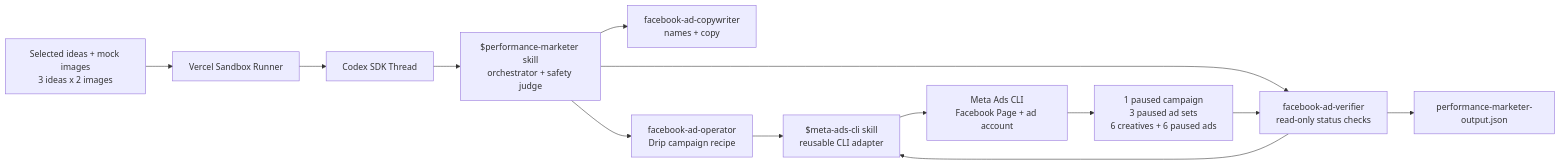
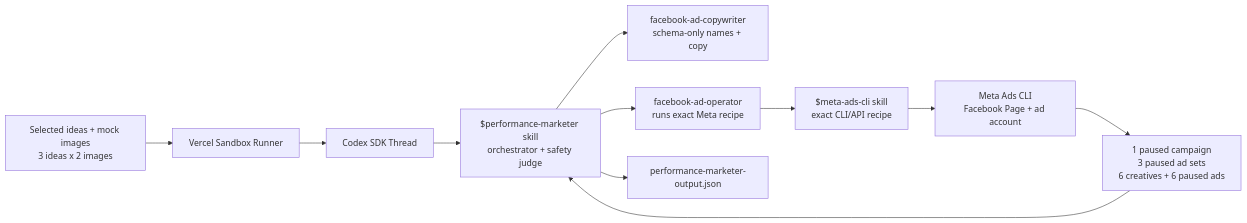
The diagram in docs/PERFORMANCE_MARKETER.md (neilsanghrajka/drip), drawn with Mermaid before and after one commit. The commit also changed other lines of this file and 1 other file, not shown here.

Commit message:
Document Performance Marketer e2e pass

````diff
--- a/docs/PERFORMANCE_MARKETER.md
+++ b/docs/PERFORMANCE_MARKETER.md
@@ -11,22 +11,19 @@
 ```mermaid
 flowchart LR
   Input["Selected ideas + mock images<br/>3 ideas x 2 images"]
   Runner["Vercel Sandbox Runner"]
   Codex["Codex SDK Thread"]
   Marketer["$performance-marketer skill<br/>orchestrator + safety judge"]
-  Copy["facebook-ad-copywriter<br/>names + copy"]
-  Operator["facebook-ad-operator<br/>Drip campaign recipe"]
-  CLI["$meta-ads-cli skill<br/>reusable CLI adapter"]
-  Verifier["facebook-ad-verifier<br/>read-only status checks"]
+  Copy["facebook-ad-copywriter<br/>schema-only names + copy"]
+  Operator["facebook-ad-operator<br/>runs exact Meta recipe"]
+  CLI["$meta-ads-cli skill<br/>exact CLI/API recipe"]
   Meta["Meta Ads CLI<br/>Facebook Page + ad account"]
   Objects["1 paused campaign<br/>3 paused ad sets<br/>6 creatives + 6 paused ads"]
   Output["performance-marketer-output.json"]
 
   Input --> Runner --> Codex --> Marketer
   Marketer --> Copy
   Marketer --> Operator
   Operator --> CLI --> Meta --> Objects
-  Marketer --> Verifier
-  Verifier --> CLI
-  Objects --> Verifier --> Output
+  Objects --> Marketer --> Output
 ```
````
